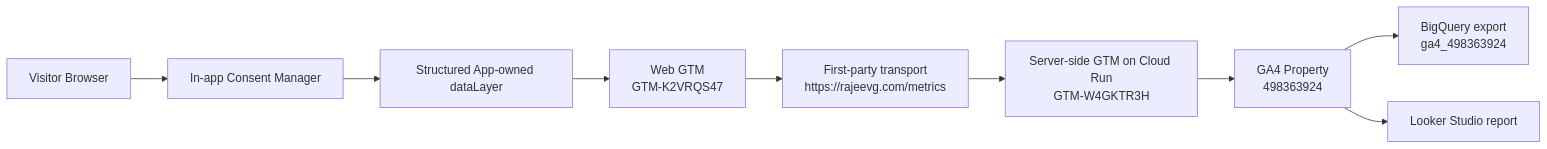
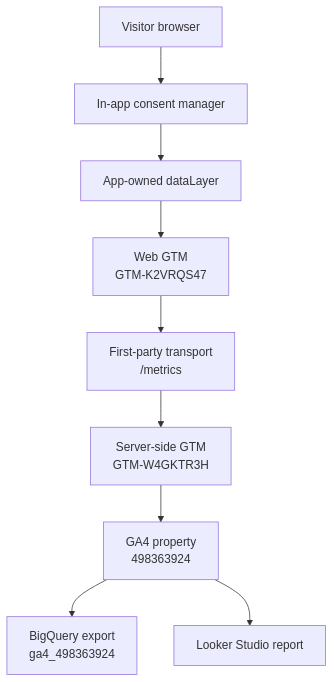
One commit to Rajeev-SG/rajeevg.com changed the diagram in content/posts/how-we-built-a-consented-first-party-analytics-stack.mdx. Above: the diagram before and after it, drawn with Mermaid. The commit also changed 5 other files, not shown here.

First line of the commit message:
fix: ship mobile mermaid rendering to prod

````diff
--- a/content/posts/how-we-built-a-consented-first-party-analytics-stack.mdx
+++ b/content/posts/how-we-built-a-consented-first-party-analytics-stack.mdx
@@ -93,11 +93,11 @@
 ```mermaid
-flowchart LR
-  Browser["Visitor Browser"] --> Consent["In-app Consent Manager"]
-  Consent --> DataLayer["Structured App-owned dataLayer"]
+flowchart TB
+  Browser["Visitor browser"] --> Consent["In-app consent manager"]
+  Consent --> DataLayer["App-owned dataLayer"]
   DataLayer --> WebGTM["Web GTM<br/>GTM-K2VRQS47"]
-  WebGTM --> Metrics["First-party transport<br/>https://rajeevg.com/metrics"]
-  Metrics --> SGTM["Server-side GTM on Cloud Run<br/>GTM-W4GKTR3H"]
-  SGTM --> GA4["GA4 Property<br/>498363924"]
+  WebGTM --> Metrics["First-party transport<br/>/metrics"]
+  Metrics --> SGTM["Server-side GTM<br/>GTM-W4GKTR3H"]
+  SGTM --> GA4["GA4 property<br/>498363924"]
   GA4 --> BQ["BigQuery export<br/>ga4_498363924"]
   GA4 --> Looker["Looker Studio report"]
 ```
````
